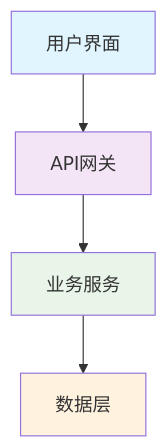
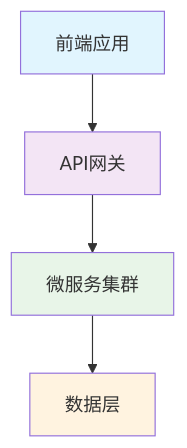
One commit to yudady01/skills changed the first of 2 diagrams in plugins/ai-coding-java/docs/templates/design.md. Above: the diagram before and after it, drawn with Mermaid. The commit also changed other lines of this file, not shown here.

````diff
--- a/plugins/ai-coding-java/docs/templates/design.md
+++ b/plugins/ai-coding-java/docs/templates/design.md
@@ -17,11 +24,11 @@
 ```mermaid
 graph TB
-    A[用户界面] --> B[API网关]
-    B --> C[业务服务]
+    A[前端应用] --> B[API网关]
+    B --> C[微服务集群]
     C --> D[数据层]
 
     style A fill:#e1f5fe
     style B fill:#f3e5f5
     style C fill:#e8f5e8
     style D fill:#fff3e0
 ```
````
